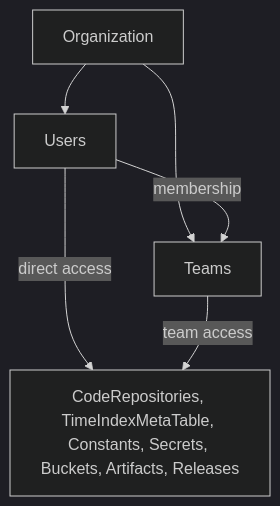
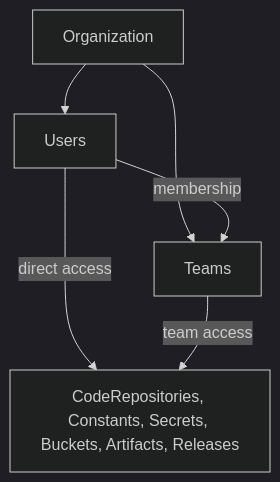
Before and after one commit to mainsequence-sdk/mainsequence-sdk: the diagram in docs/knowledge/infrastructure/users_and_access.md, drawn with Mermaid (dark theme). The commit also changed other lines of this file and 165 other files, not shown here.

````diff
--- a/docs/knowledge/infrastructure/users_and_access.md
+++ b/docs/knowledge/infrastructure/users_and_access.md
@@ -31,8 +31,8 @@
 ```mermaid
 graph TD
     Org["Organization"] --> Users["Users"]
     Org --> Teams["Teams"]
     Users -->|membership| Teams
-    Users -->|direct access| Resources["CodeRepositories, TimeIndexMetaTable, Constants, Secrets, Buckets, Artifacts, Releases"]
+    Users -->|direct access| Resources["CodeRepositories, Constants, Secrets, Buckets, Artifacts, Releases"]
     Teams -->|team access| Resources
 ```
````
